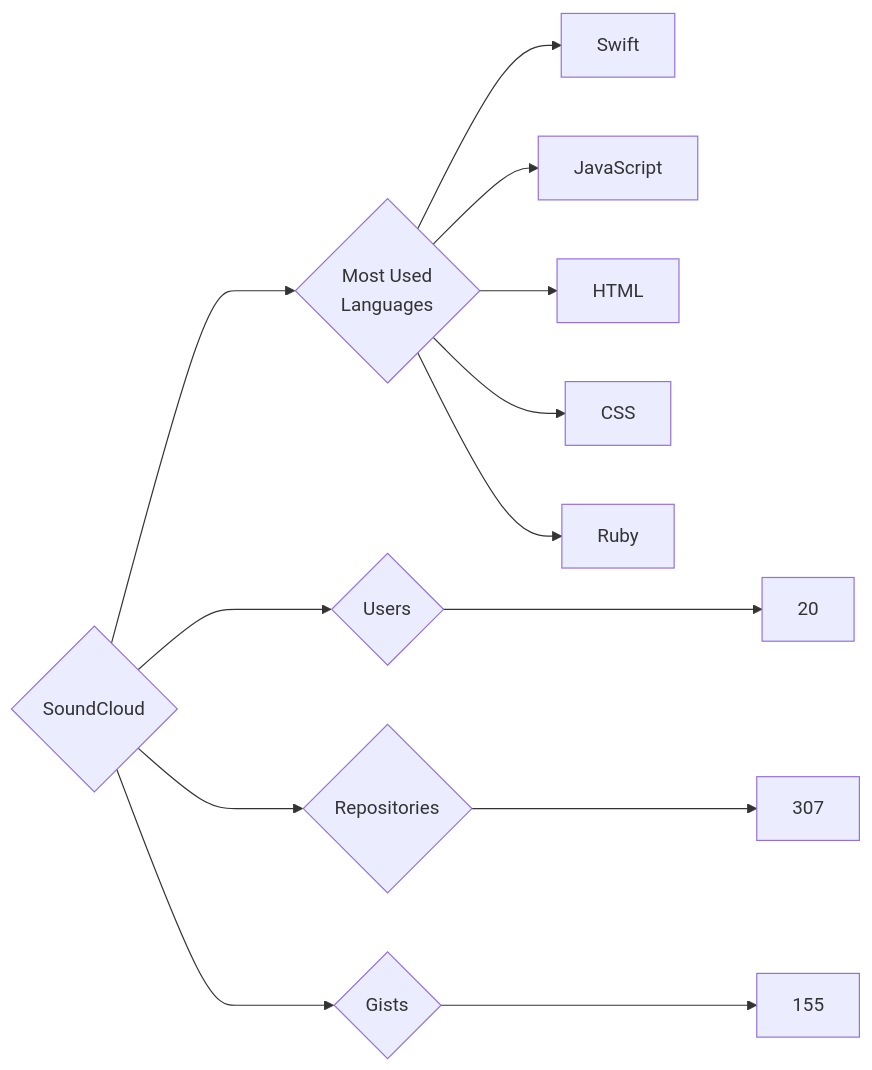
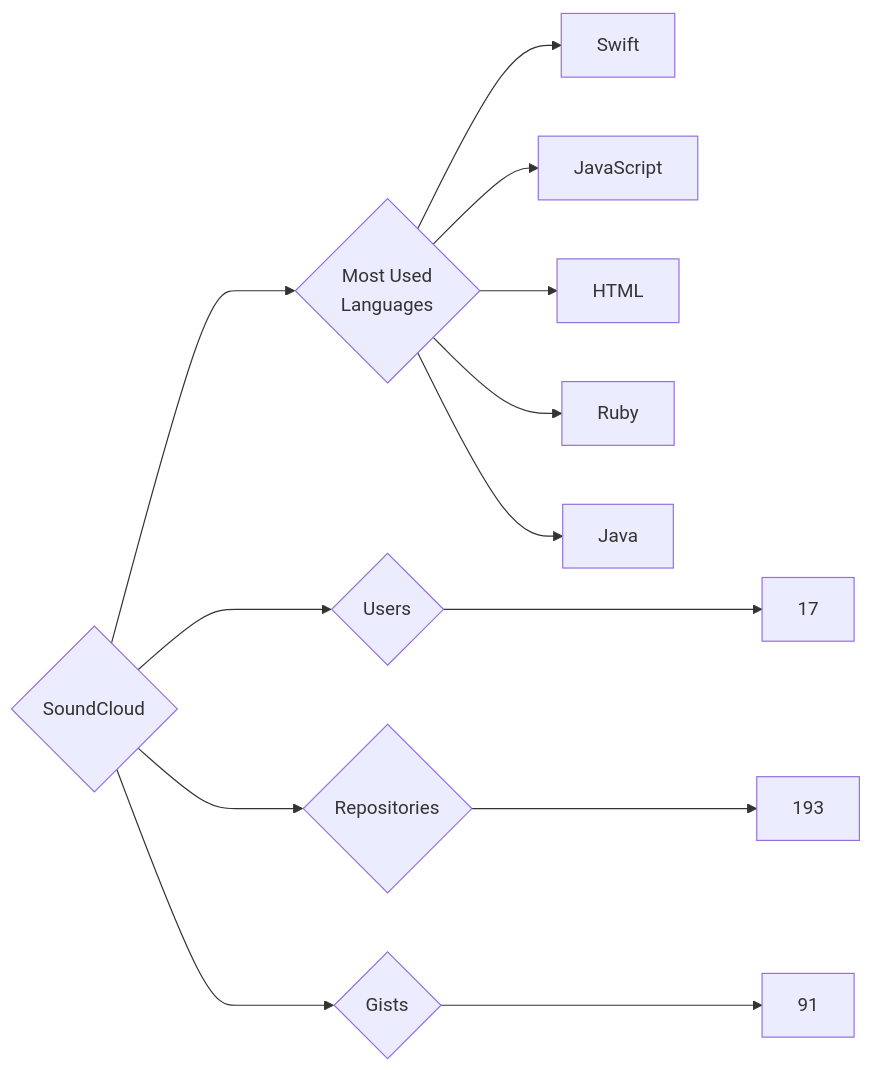
The diagram in targets/SoundCloud/README.md (trickest/insiders), drawn with Mermaid before and after one commit. The commit also changed 787 other files, not shown here.

````diff
--- a/targets/SoundCloud/README.md
+++ b/targets/SoundCloud/README.md
@@ -3,13 +3,13 @@
 ```mermaid
 graph LR
 COMPANY_NAME{SoundCloud}
-COMPANY_NAME ---> U{Users} ---> UN[20]
-COMPANY_NAME ---> R{Repositories} ---> RN[307]
-COMPANY_NAME ---> G{Gists} ---> GN[155]
+COMPANY_NAME ---> U{Users} ---> UN[17]
+COMPANY_NAME ---> R{Repositories} ---> RN[193]
+COMPANY_NAME ---> G{Gists} ---> GN[91]
 COMPANY_NAME ---> ML{Most Used<br>Languages}
 ML --> Swift[Swift]
 ML --> JavaScript[JavaScript]
 ML --> HTML[HTML]
-ML --> CSS[CSS]
 ML --> Ruby[Ruby]
+ML --> Java[Java]
 ```
````
